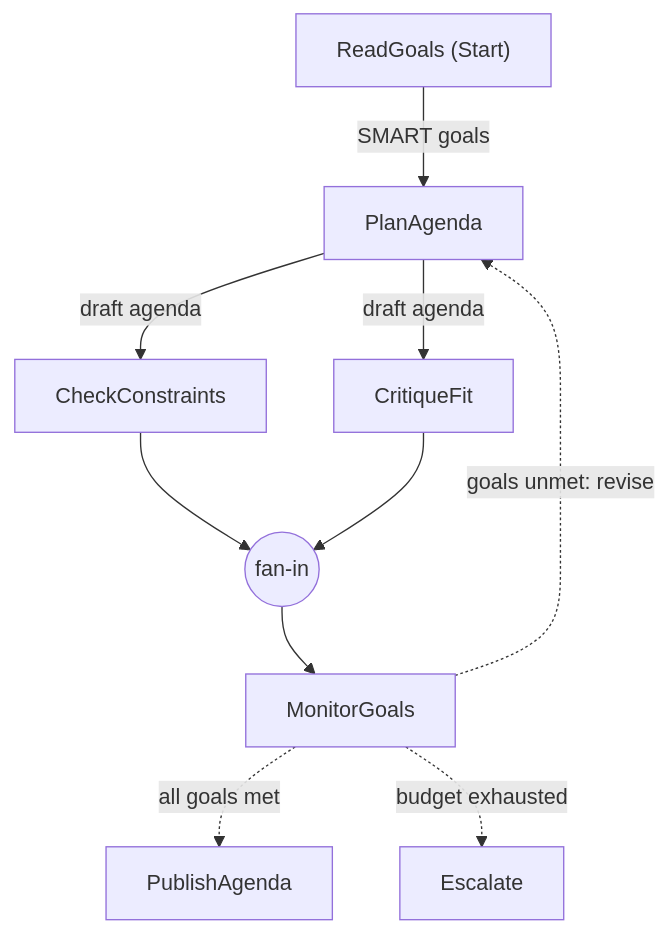
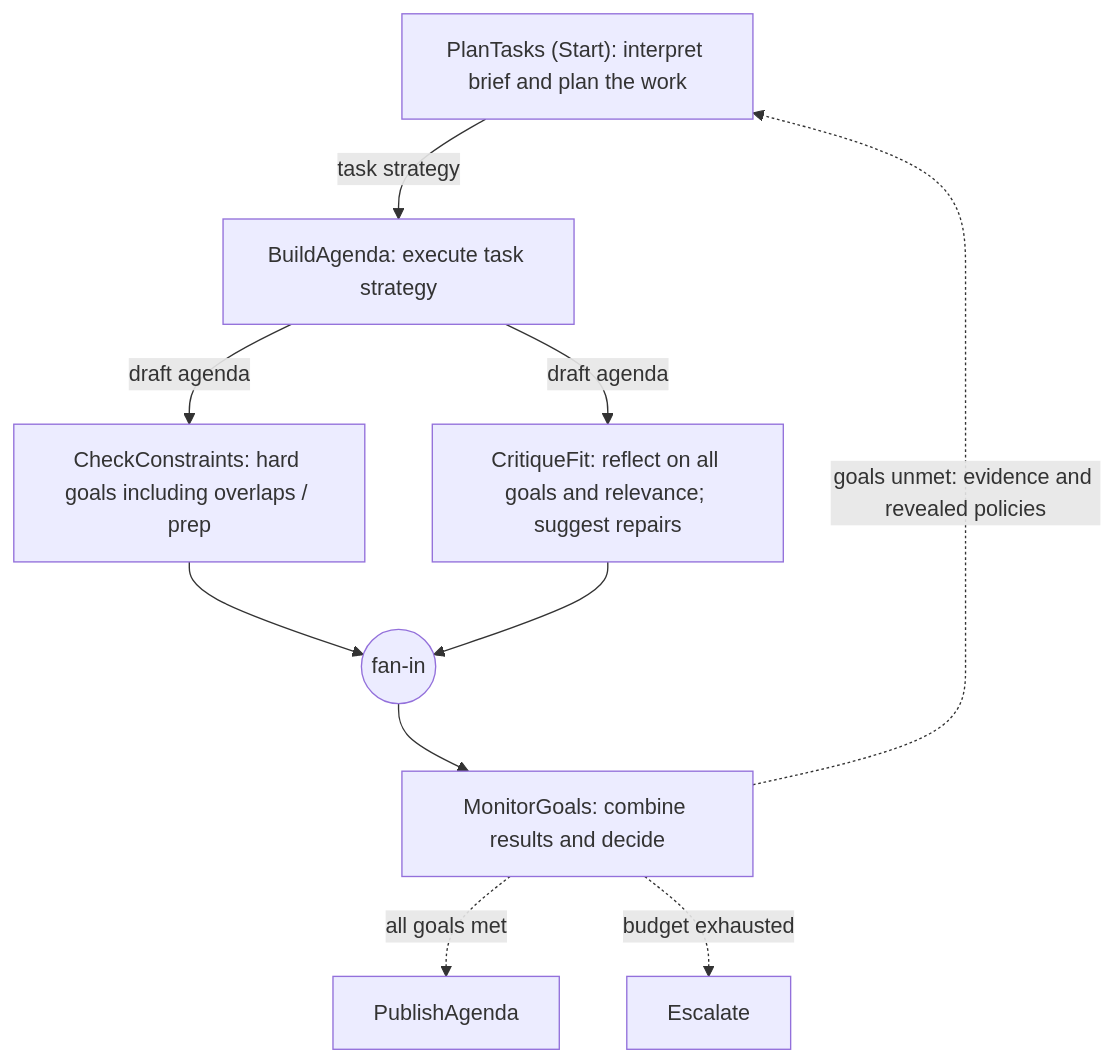
Before and after one commit to evoiz/Agentic-Design-Patterns: the second of 3 diagrams in update-conference-26/demo-flows.md, drawn with Mermaid. The commit also changed other lines of this file and 845 other files, not shown here.

````diff
--- a/update-conference-26/demo-flows.md
+++ b/update-conference-26/demo-flows.md
@@ -42,21 +50,21 @@
 ```mermaid
 flowchart TD
-  ReadGoals["ReadGoals (Start)"];
-  PlanAgenda["PlanAgenda"];
-  CheckConstraints["CheckConstraints"];
-  CritiqueFit["CritiqueFit"];
-  MonitorGoals["MonitorGoals"];
+  PlanTasks["PlanTasks (Start): interpret brief and plan the work"];
+  BuildAgenda["BuildAgenda: execute task strategy"];
+  CheckConstraints["CheckConstraints: hard goals including overlaps / prep"];
+  CritiqueFit["CritiqueFit: reflect on all goals and relevance; suggest repairs"];
+  MonitorGoals["MonitorGoals: combine results and decide"];
   PublishAgenda["PublishAgenda"];
   Escalate["Escalate"];
 
   fan_in_MonitorGoals_1D9BB972((fan-in))
   CheckConstraints --> fan_in_MonitorGoals_1D9BB972;
   CritiqueFit --> fan_in_MonitorGoals_1D9BB972;
   fan_in_MonitorGoals_1D9BB972 --> MonitorGoals;
-  ReadGoals -->|SMART goals| PlanAgenda;
-  PlanAgenda -->|draft agenda| CheckConstraints;
-  PlanAgenda -->|draft agenda| CritiqueFit;
-  MonitorGoals -. goals unmet: revise .-> PlanAgenda;
+  PlanTasks -->|task strategy| BuildAgenda;
+  BuildAgenda -->|draft agenda| CheckConstraints;
+  BuildAgenda -->|draft agenda| CritiqueFit;
+  MonitorGoals -. goals unmet: evidence and revealed policies .-> PlanTasks;
   MonitorGoals -. all goals met .-> PublishAgenda;
   MonitorGoals -. budget exhausted .-> Escalate;
 ```
````
